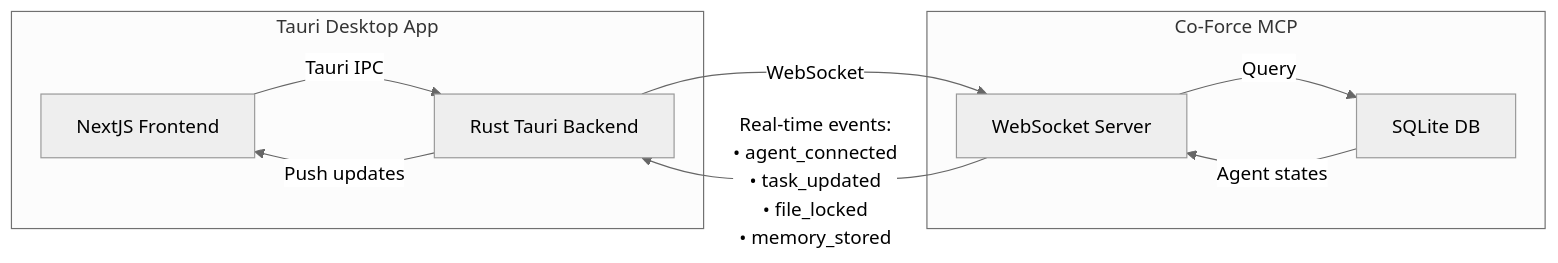
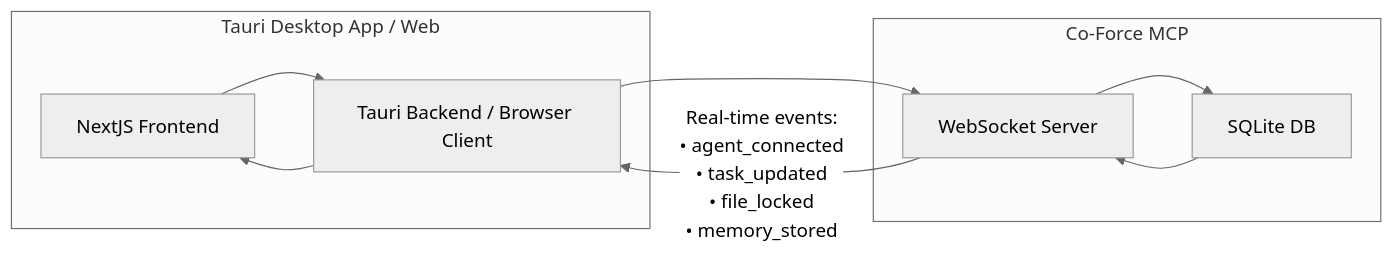
Before and after one commit to hiimtrung/co-force: diagram 19 of 29 in docs/URD.md, drawn with Mermaid (neutral theme). The commit also changed other lines of this file and 17 other files, not shown here.

````diff
--- a/docs/URD.md
+++ b/docs/URD.md
@@ -1135,20 +1036,20 @@
 ```mermaid
 graph LR
-    subgraph "Tauri Desktop App"
+    subgraph "Tauri Desktop App / Web"
         FE["NextJS Frontend"]
-        RS["Rust Tauri Backend"]
+        RS["Tauri Backend / Browser Client"]
     end
 
     subgraph "Co-Force MCP"
         WS["WebSocket Server"]
         DB["SQLite DB"]
     end
 
-    FE -->|"Tauri IPC"| RS
-    RS -->|"WebSocket"| WS
-    WS -->|"Query"| DB
+    FE --> RS
+    RS --> WS
+    WS --> DB
 
-    DB -->|"Agent states"| WS
+    DB --> WS
     WS -->|"Real-time events:<br/>• agent_connected<br/>• task_updated<br/>• file_locked<br/>• memory_stored"| RS
-    RS -->|"Push updates"| FE
+    RS --> FE
 ```
````
